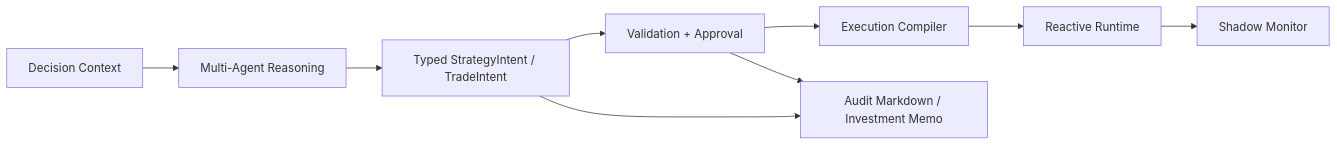
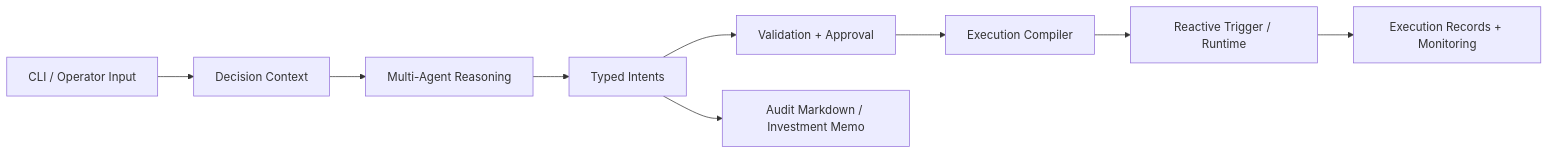
One commit to W5W8L9jlu/Reactive-Crypto-Agentic-DeFi-System changed the diagram in GitHubREADME/README.md. Above: the diagram before and after it, drawn with Mermaid. The commit also changed other lines of this file and 2 other files, not shown here.

````diff
--- a/GitHubREADME/README.md
+++ b/GitHubREADME/README.md
@@ -48,11 +32,11 @@
 ```mermaid
 flowchart LR
-    A["Decision Context"] --> B["Multi-Agent Reasoning"]
-    B --> C["Typed StrategyIntent / TradeIntent"]
-    C --> D["Validation + Approval"]
-    D --> E["Execution Compiler"]
-    E --> F["Reactive Runtime"]
-    F --> G["Shadow Monitor"]
-    C --> H["Audit Markdown / Investment Memo"]
-    D --> H
+    A["CLI / Operator Input"] --> B["Decision Context"]
+    B --> C["Multi-Agent Reasoning"]
+    C --> D["Typed Intents"]
+    D --> E["Validation + Approval"]
+    E --> F["Execution Compiler"]
+    F --> G["Reactive Trigger / Runtime"]
+    G --> H["Execution Records + Monitoring"]
+    D --> I["Audit Markdown / Investment Memo"]
 ```
````
